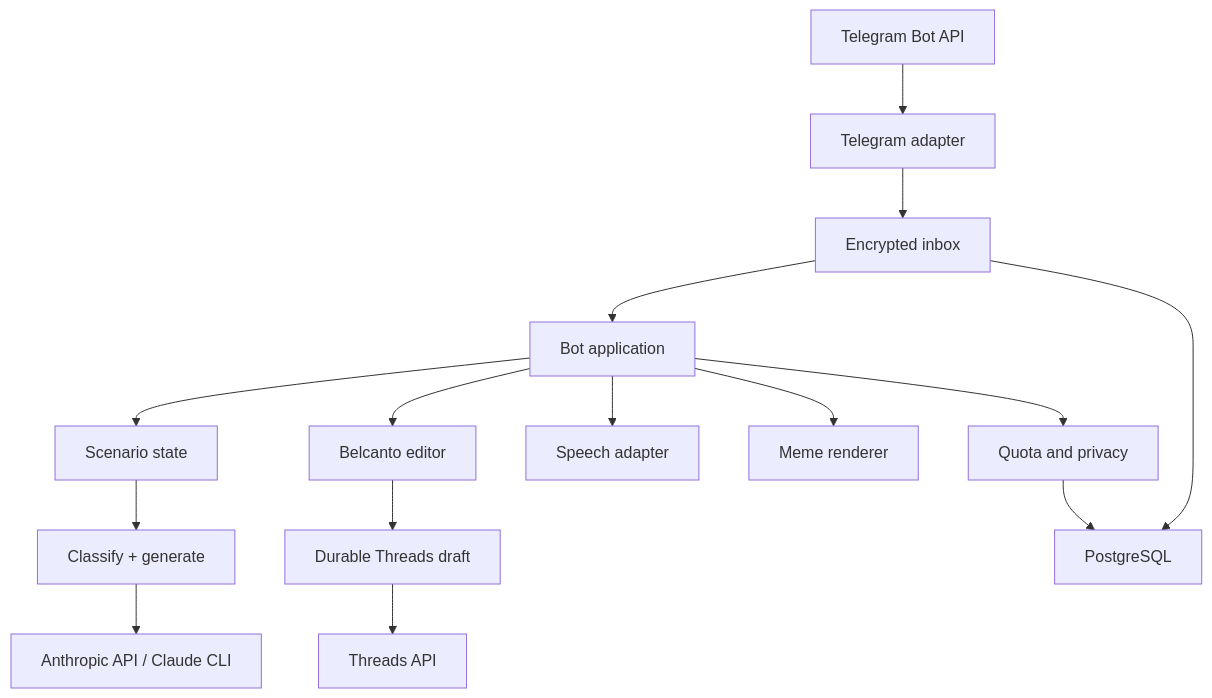
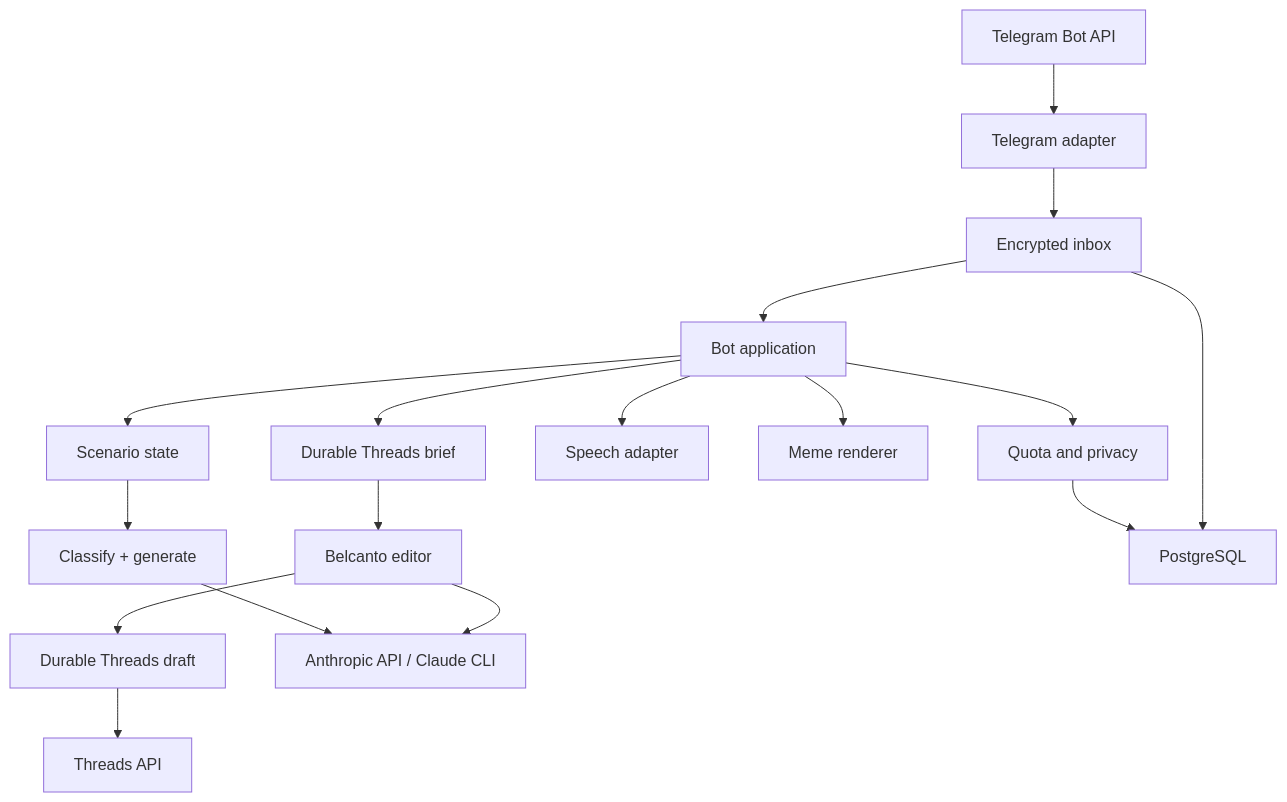
The diagram in docs/architecture.md (aleka7sk/witty-reply), drawn with Mermaid before and after one commit. The commit also changed other lines of this file and 45 other files, not shown here.

Commit message:
feat: add scenario-driven Belcanto Threads editor

````diff
--- a/docs/architecture.md
+++ b/docs/architecture.md
@@ -5,17 +5,19 @@
 ```mermaid
 flowchart TD
     TG["Telegram Bot API"] --> T["Telegram adapter"]
     T --> QI["Encrypted inbox"]
     QI --> B["Bot application"]
     B --> Q["Quota and privacy"]
     B --> MODE["Scenario state"]
     MODE --> AI["Classify + generate"]
     B --> STT["Speech adapter"]
     B --> MEME["Meme renderer"]
-    B --> EDIT["Belcanto editor"]
+    B --> TB["Durable Threads brief"]
+    TB --> EDIT["Belcanto editor"]
     EDIT --> TD["Durable Threads draft"]
     TD --> TH["Threads API"]
     Q --> PG["PostgreSQL"]
     QI --> PG
     AI --> C["Anthropic API / Claude CLI"]
+    EDIT --> C
 ```
````
